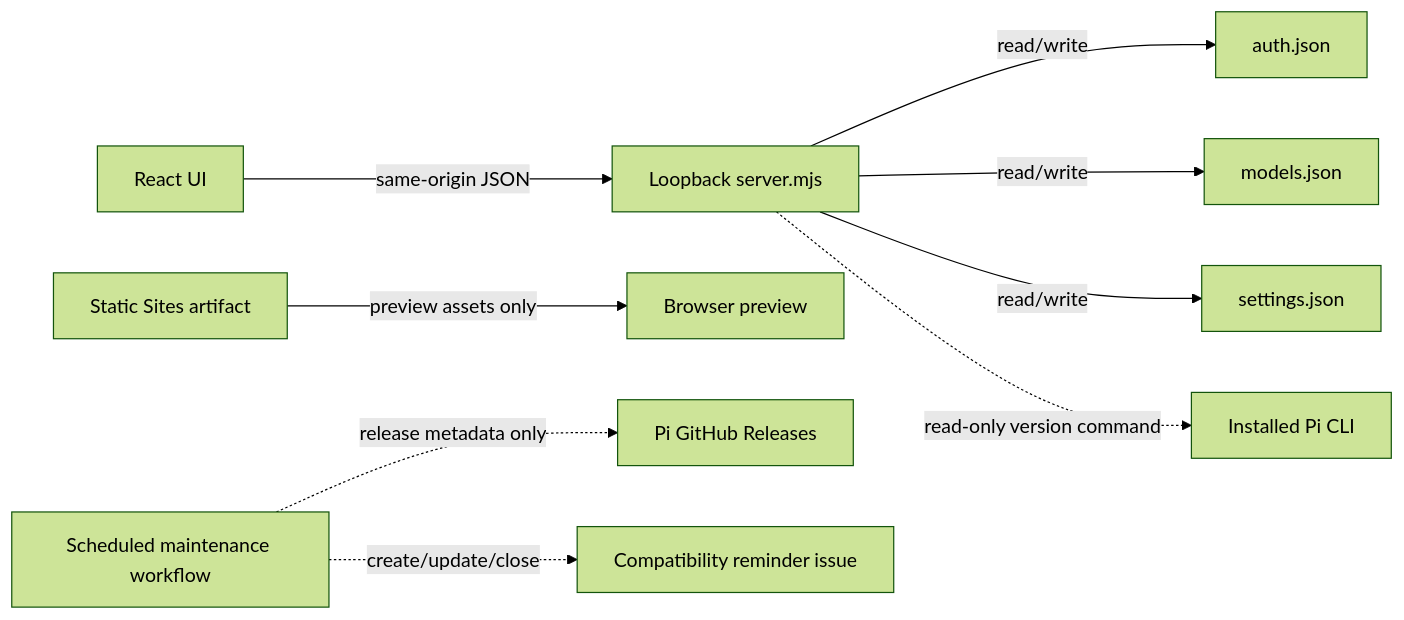
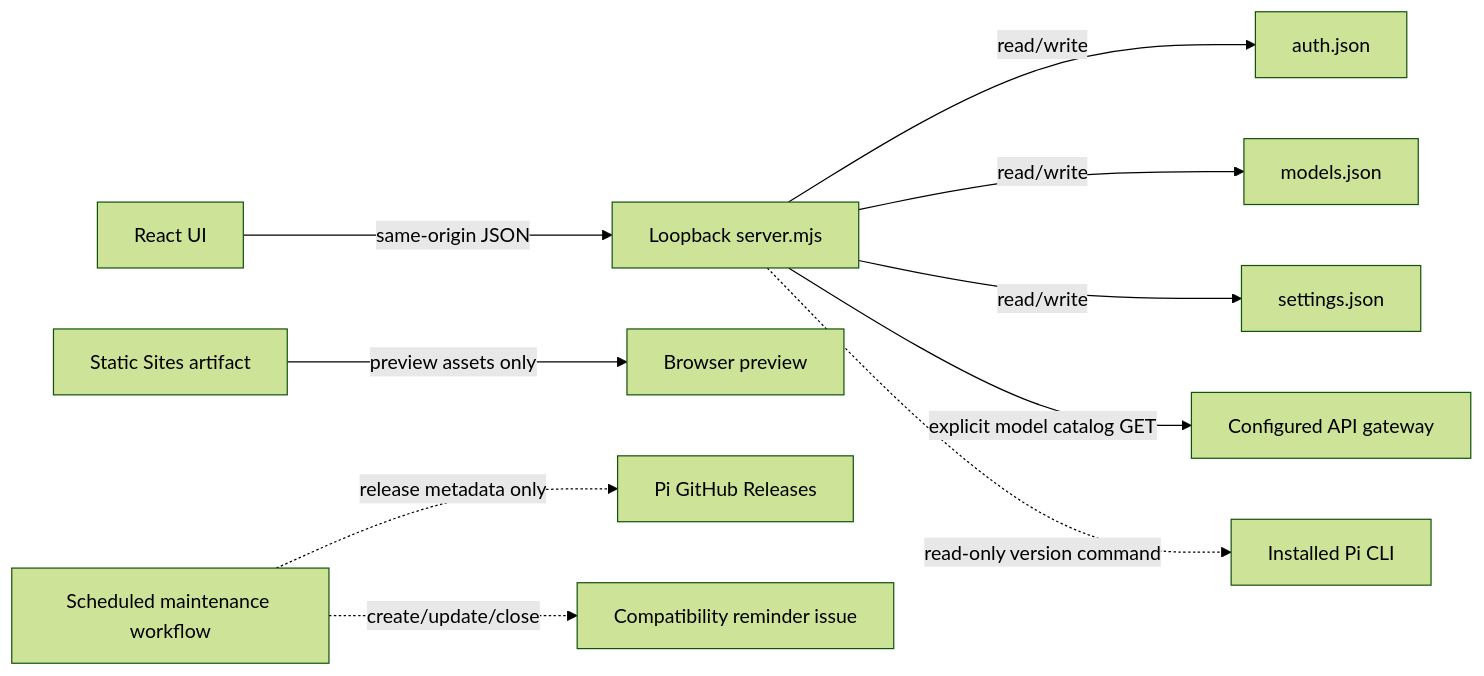
Before and after one commit to wowayou/pi-provider-manager: the diagram in docs/architecture.md, drawn with Mermaid (forest theme). The commit also changed other lines of this file and 14 other files, not shown here.

````diff
--- a/docs/architecture.md
+++ b/docs/architecture.md
@@ -25,12 +43,13 @@
 ```mermaid
 flowchart LR
   Browser[React UI] -->|same-origin JSON| Server[Loopback server.mjs]
   Server -->|read/write| Auth[auth.json]
   Server -->|read/write| Models[models.json]
   Server -->|read/write| Settings[settings.json]
+  Server -->|explicit model catalog GET| Gateway[Configured API gateway]
   Server -.->|read-only version command| Pi[Installed Pi CLI]
   Sites[Static Sites artifact] -->|preview assets only| Preview[Browser preview]
 
   Monitor[Scheduled maintenance workflow] -.->|release metadata only| Releases[Pi GitHub Releases]
   Monitor -.->|create/update/close| Issue[Compatibility reminder issue]
 ```
````
